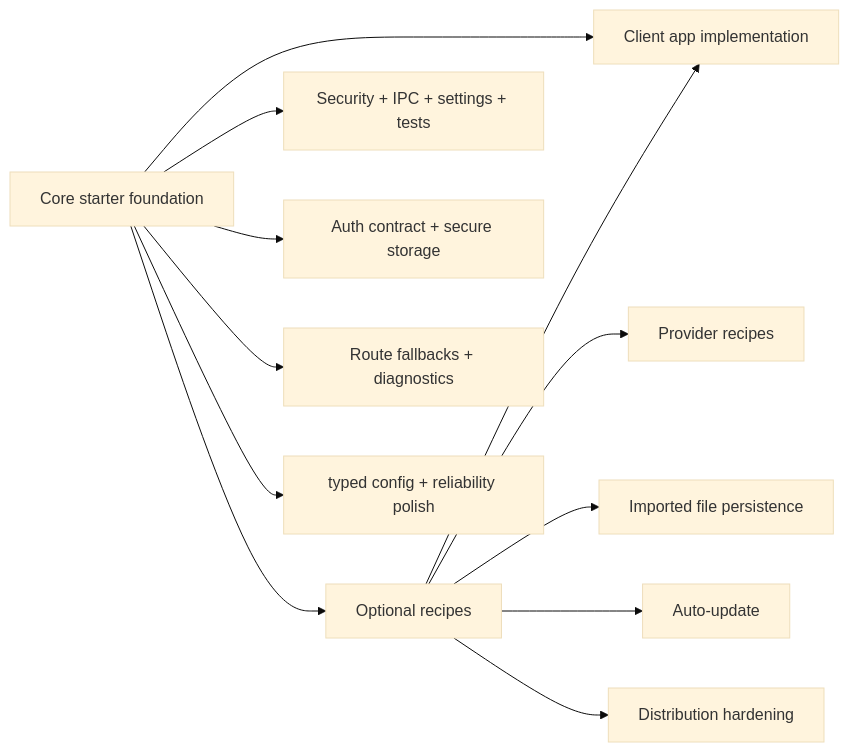
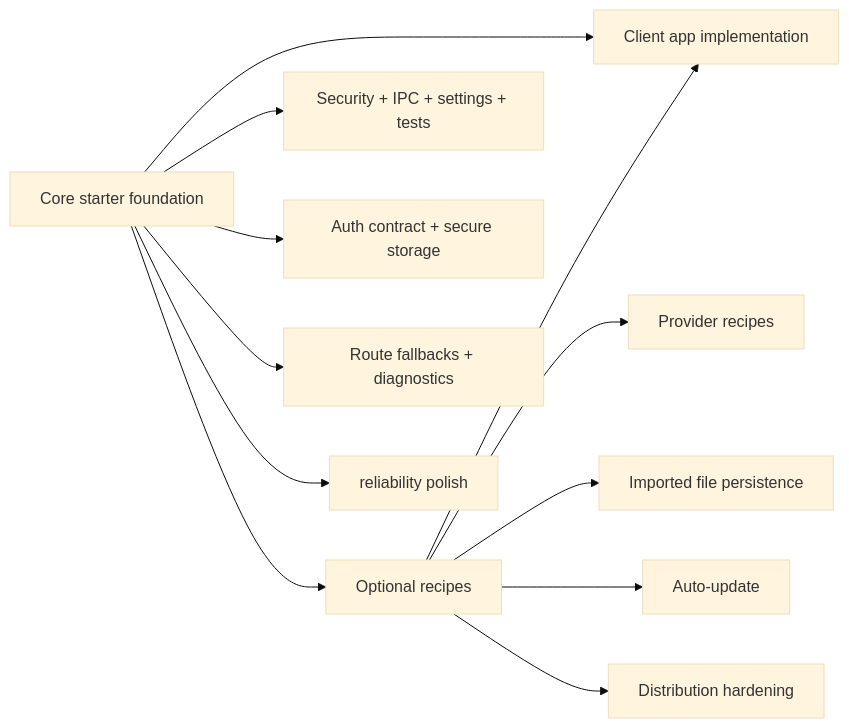
The diagram in docs/roadmap.md (AchuAshwath/electron-react-starter-kit), drawn with Mermaid (base theme) before and after one commit. The commit also changed other lines of this file and 11 other files, not shown here.

First line of the commit message:
feat: Add typed config boundaries (#21)

````diff
--- a/docs/roadmap.md
+++ b/docs/roadmap.md
@@ -7,15 +7,15 @@
 ```mermaid
 flowchart LR
 	Foundation["Core starter foundation"] --> ClientApp["Client app implementation"]
 	Foundation --> Recipes["Optional recipes"]
 	Recipes --> ClientApp
 
 	Foundation --> Security["Security + IPC + settings + tests"]
 	Foundation --> Auth["Auth contract + secure storage"]
 	Foundation --> Reliability["Route fallbacks + diagnostics"]
-	Foundation --> FutureCore["typed config + reliability polish"]
+	Foundation --> FutureCore["reliability polish"]
 	Recipes --> Providers["Provider recipes"]
 	Recipes --> Files["Imported file persistence"]
 	Recipes --> Updates["Auto-update"]
 	Recipes --> Distribution["Distribution hardening"]
 ```
````
